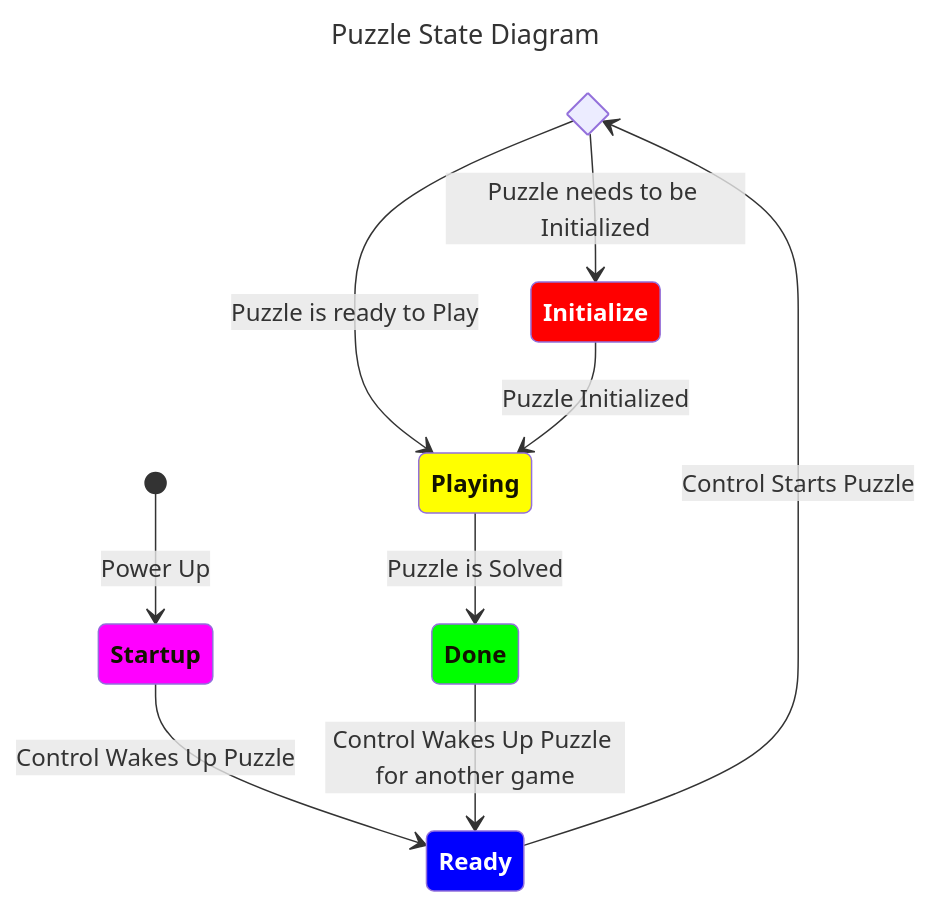
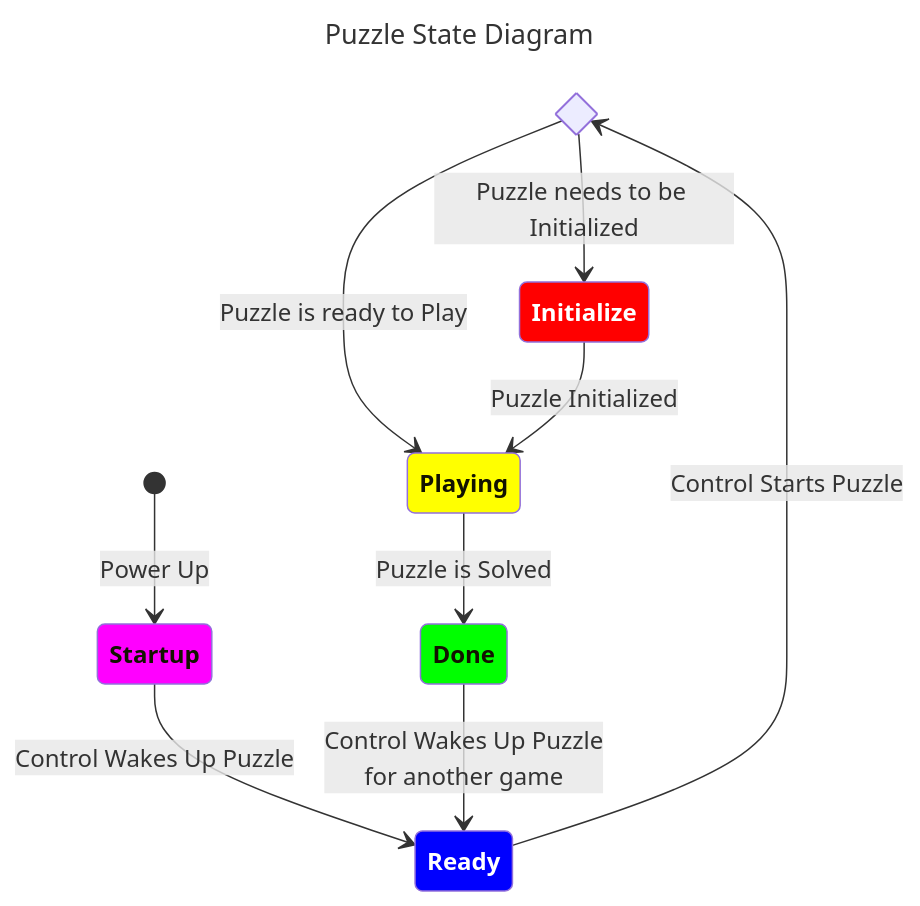
Before and after one commit to greggubben/PhoneHomeBusyBox: the second of 2 diagrams in README.md, drawn with Mermaid. The commit also changed other lines of this file, not shown here.

Commit message:
game play section

````diff
--- a/README.md
+++ b/README.md
@@ -106,32 +106,32 @@
 ```mermaid
 ---
 title: Puzzle State Diagram
 ---
 stateDiagram-v2
   direction TB
 
   state needsInitialized <<choice>>
 
   [*] --> Startup: Power Up
   Startup --> Ready: Control Wakes Up Puzzle
   Ready --> needsInitialized: Control Starts Puzzle
   needsInitialized --> Initialize: Puzzle needs to be Initialized
   needsInitialized --> Playing: Puzzle is ready to Play
   Initialize --> Playing: Puzzle Initialized
   Playing --> Done: Puzzle is Solved
-  Done --> Ready: Control Wakes Up Puzzle for another game
+  Done --> Ready: Control Wakes Up Puzzle<br>for another game
 
   classDef purple fill:#f0f,font-weight:bold
   classDef blue fill:#00F,color:white,font-weight:bold
   classDef red fill:#F00,color:white,font-weight:bold
   classDef yellow fill:#FF0,font-weight:bold
   classDef green fill:#0F0,font-weight:bold
   classDef cyan fill:#0FF,font-weight:bold
 
   class Startup purple
   class Ready blue
   class Initialize red
   class Playing yellow
   class Done green
 
 ```
````
